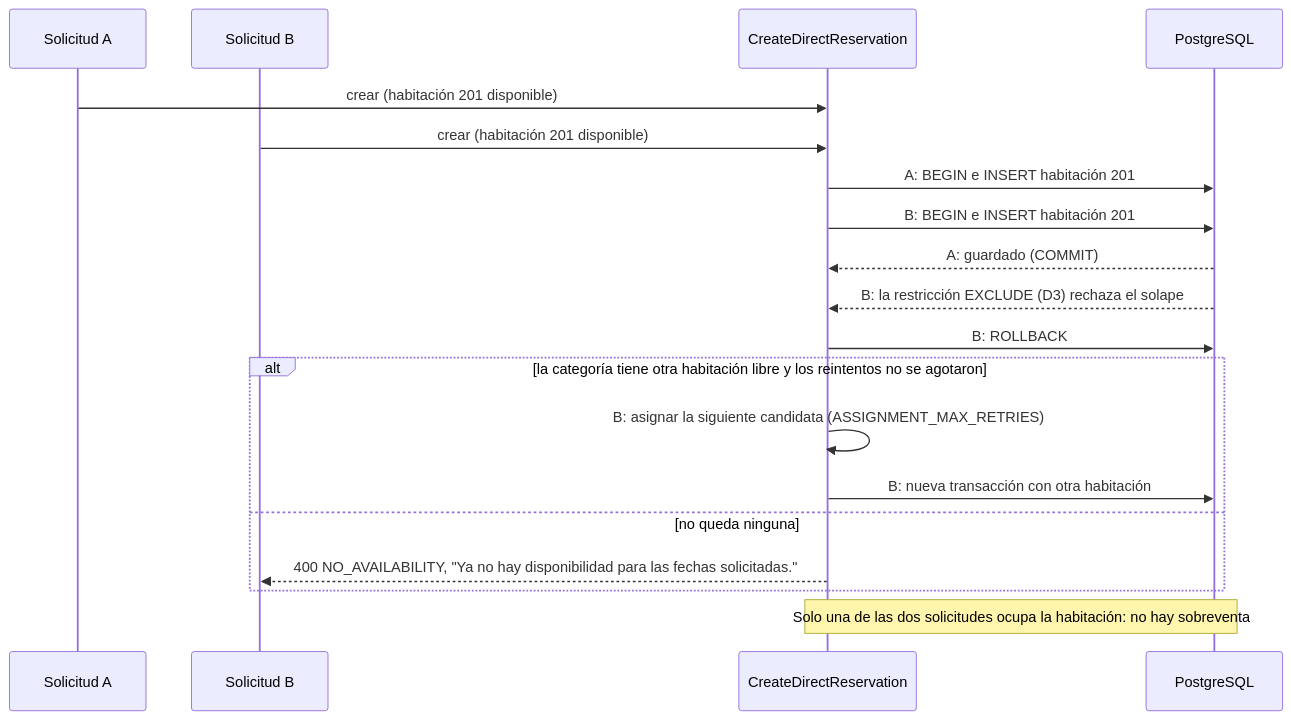
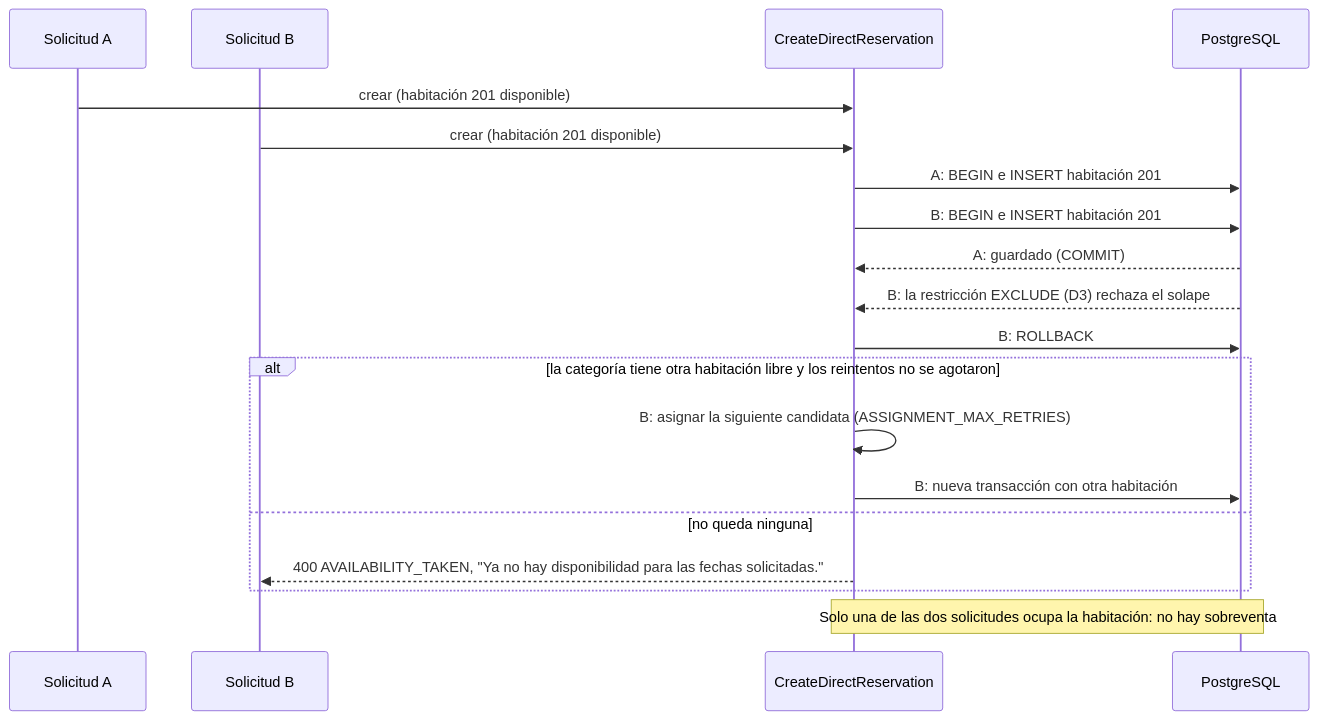
Before and after one commit to Lapicero312-lapi/HOSPITUA-MOD-2: the third of 3 diagrams in specs/generate-direct-reservation/plan.md, drawn with Mermaid. The commit also changed other lines of this file and 14 other files, not shown here.

````diff
--- a/specs/generate-direct-reservation/plan.md
+++ b/specs/generate-direct-reservation/plan.md
@@ -371,22 +371,22 @@
 ```mermaid
 sequenceDiagram
     participant A as Solicitud A
     participant B as Solicitud B
     participant U as CreateDirectReservation
     participant DB as PostgreSQL
 
     A->>U: crear (habitación 201 disponible)
     B->>U: crear (habitación 201 disponible)
     U->>DB: A: BEGIN e INSERT habitación 201
     U->>DB: B: BEGIN e INSERT habitación 201
     DB-->>U: A: guardado (COMMIT)
     DB-->>U: B: la restricción EXCLUDE (D3) rechaza el solape
     U->>DB: B: ROLLBACK
     alt la categoría tiene otra habitación libre y los reintentos no se agotaron
         U->>U: B: asignar la siguiente candidata (ASSIGNMENT_MAX_RETRIES)
         U->>DB: B: nueva transacción con otra habitación
     else no queda ninguna
-        U-->>B: 400 NO_AVAILABILITY, "Ya no hay disponibilidad para las fechas solicitadas."
+        U-->>B: 400 AVAILABILITY_TAKEN, "Ya no hay disponibilidad para las fechas solicitadas."
     end
     Note over U,DB: Solo una de las dos solicitudes ocupa la habitación: no hay sobreventa
 ```
````
